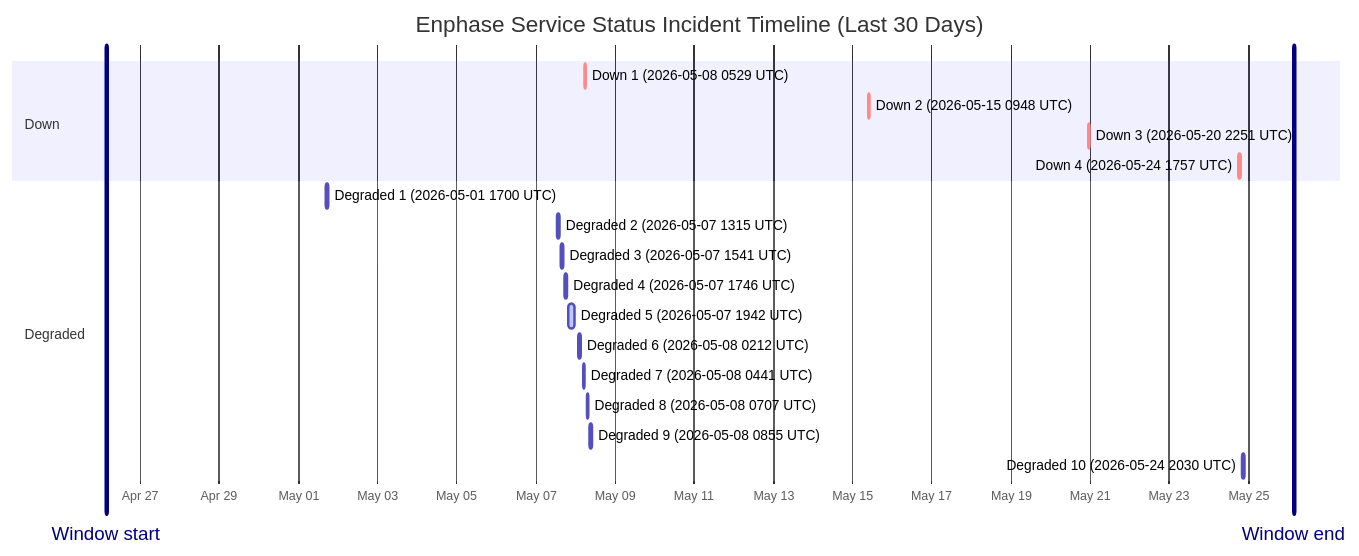
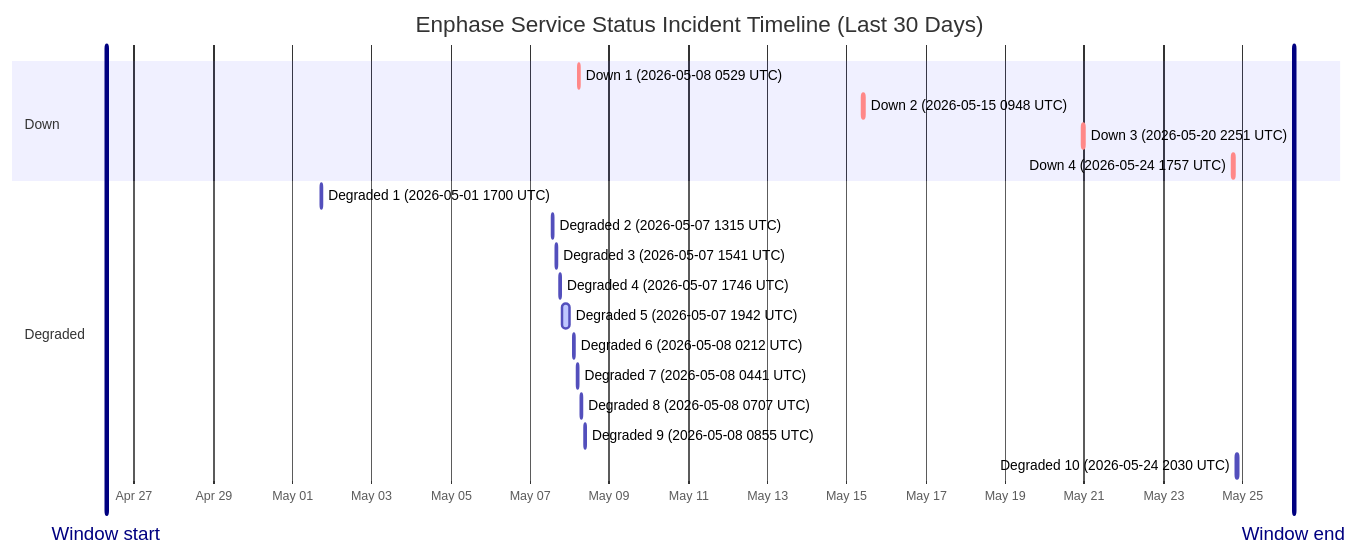
Before and after one commit to barneyonline/ha-enphase-ev-charger: the diagram in wiki/Service-Status-History.md, drawn with Mermaid. The commit also changed other lines of this file and 3 other files, not shown here.

````diff
--- a/wiki/Service-Status-History.md
+++ b/wiki/Service-Status-History.md
@@ -14,24 +14,24 @@
 ```mermaid
 gantt
     title Enphase Service Status Incident Timeline (Last 30 Days)
     dateFormat  YYYY-MM-DDTHH:mm:ss
     axisFormat  %b %d
-    Window start :vert, window-start, 2026-04-26T03:27:20, 0ms
-    Window end :vert, window-end, 2026-05-26T03:27:20, 0ms
+    Window start :vert, window-start, 2026-04-26T07:00:19, 0ms
+    Window end :vert, window-end, 2026-05-26T07:00:19, 0ms
     section Down
     Down 1 (2026-05-08 0529 UTC) :crit, down-1, 2026-05-08T05:29:47, 60m
     Down 2 (2026-05-15 0948 UTC) :crit, down-2, 2026-05-15T09:48:18, 60m
     Down 3 (2026-05-20 2251 UTC) :crit, down-3, 2026-05-20T22:51:14, 75m
     Down 4 (2026-05-24 1757 UTC) :crit, down-4, 2026-05-24T17:57:41, 86m
     section Degraded
     Degraded 1 (2026-05-01 1700 UTC) :active, degraded-1, 2026-05-01T17:00:22, 60m
     Degraded 2 (2026-05-07 1315 UTC) :active, degraded-2, 2026-05-07T13:15:25, 60m
     Degraded 3 (2026-05-07 1541 UTC) :active, degraded-3, 2026-05-07T15:41:58, 60m
     Degraded 4 (2026-05-07 1746 UTC) :active, degraded-4, 2026-05-07T17:46:51, 60m
     Degraded 5 (2026-05-07 1942 UTC) :active, degraded-5, 2026-05-07T19:42:10, 249m
     Degraded 6 (2026-05-08 0212 UTC) :active, degraded-6, 2026-05-08T02:12:39, 60m
     Degraded 7 (2026-05-08 0441 UTC) :active, degraded-7, 2026-05-08T04:41:46, 60m
     Degraded 8 (2026-05-08 0707 UTC) :active, degraded-8, 2026-05-08T07:07:30, 60m
     Degraded 9 (2026-05-08 0855 UTC) :active, degraded-9, 2026-05-08T08:55:20, 88m
     Degraded 10 (2026-05-24 2030 UTC) :active, degraded-10, 2026-05-24T20:30:57, 84m
 ```
````
